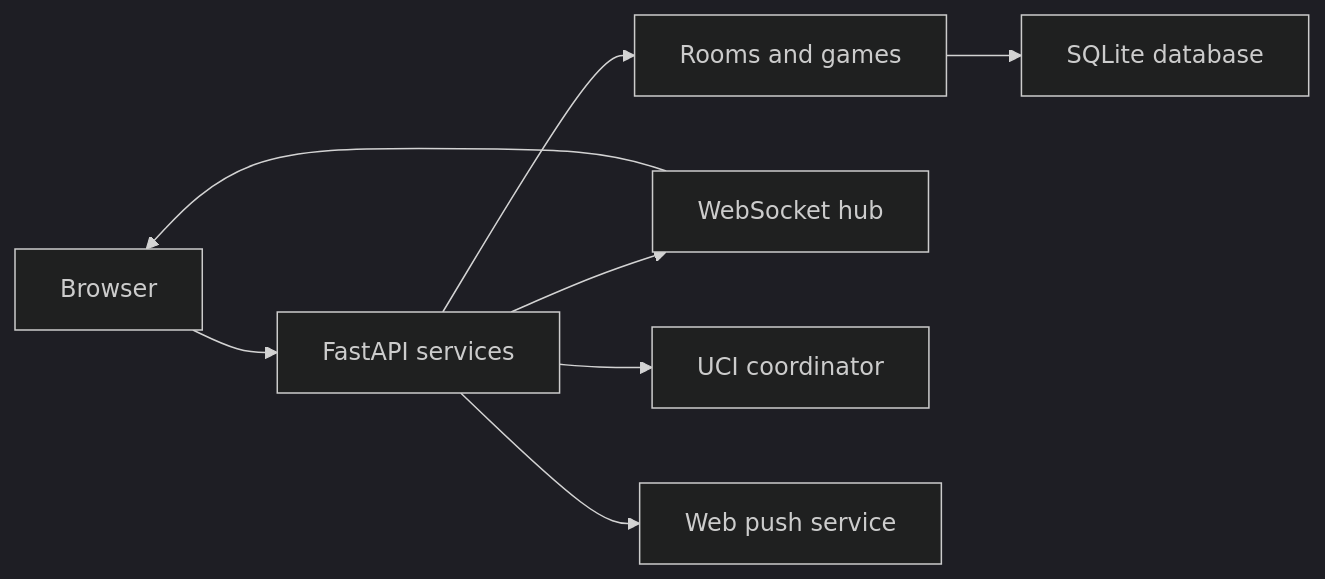
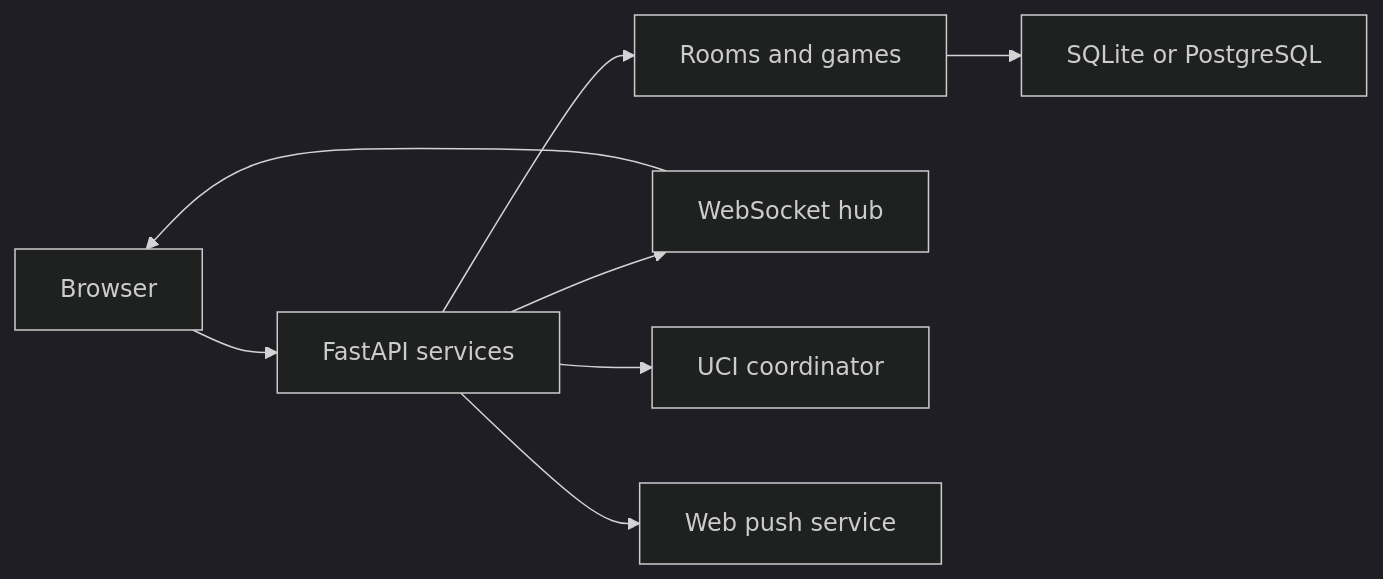
The first of 2 diagrams in aidlc/spaces/default/codekb/JustChess/architecture.md (optio/JustChess), drawn with Mermaid (dark theme) before and after one commit. The commit also changed other lines of this file and 57 other files, not shown here.

````diff
--- a/aidlc/spaces/default/codekb/JustChess/architecture.md
+++ b/aidlc/spaces/default/codekb/JustChess/architecture.md
@@ -9,10 +11,10 @@
 ```mermaid
 flowchart LR
   Browser --> API[FastAPI services]
   API --> Domain[Rooms and games]
-  Domain --> DB[SQLite database]
+  Domain --> DB[SQLite or PostgreSQL]
   API --> Hub[WebSocket hub]
   Hub --> Browser
   API --> Engine[UCI coordinator]
   API --> Push[Web push service]
 ```
````
